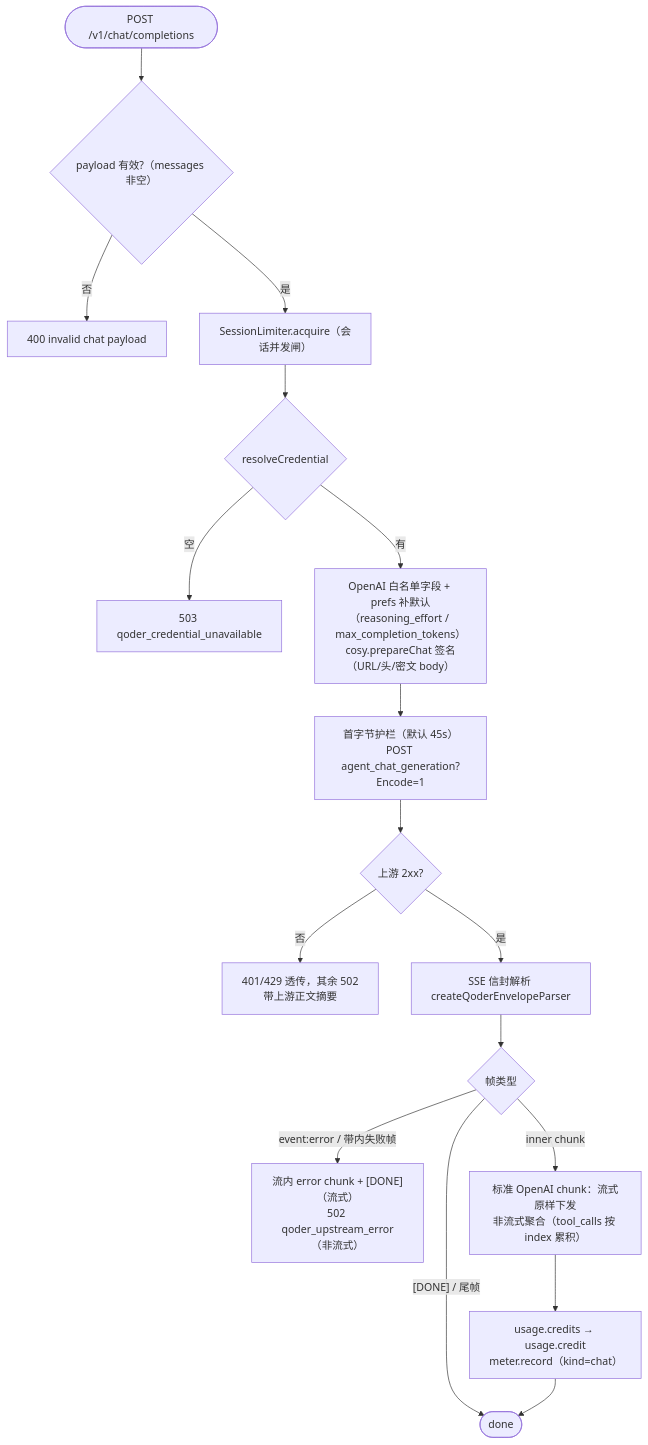
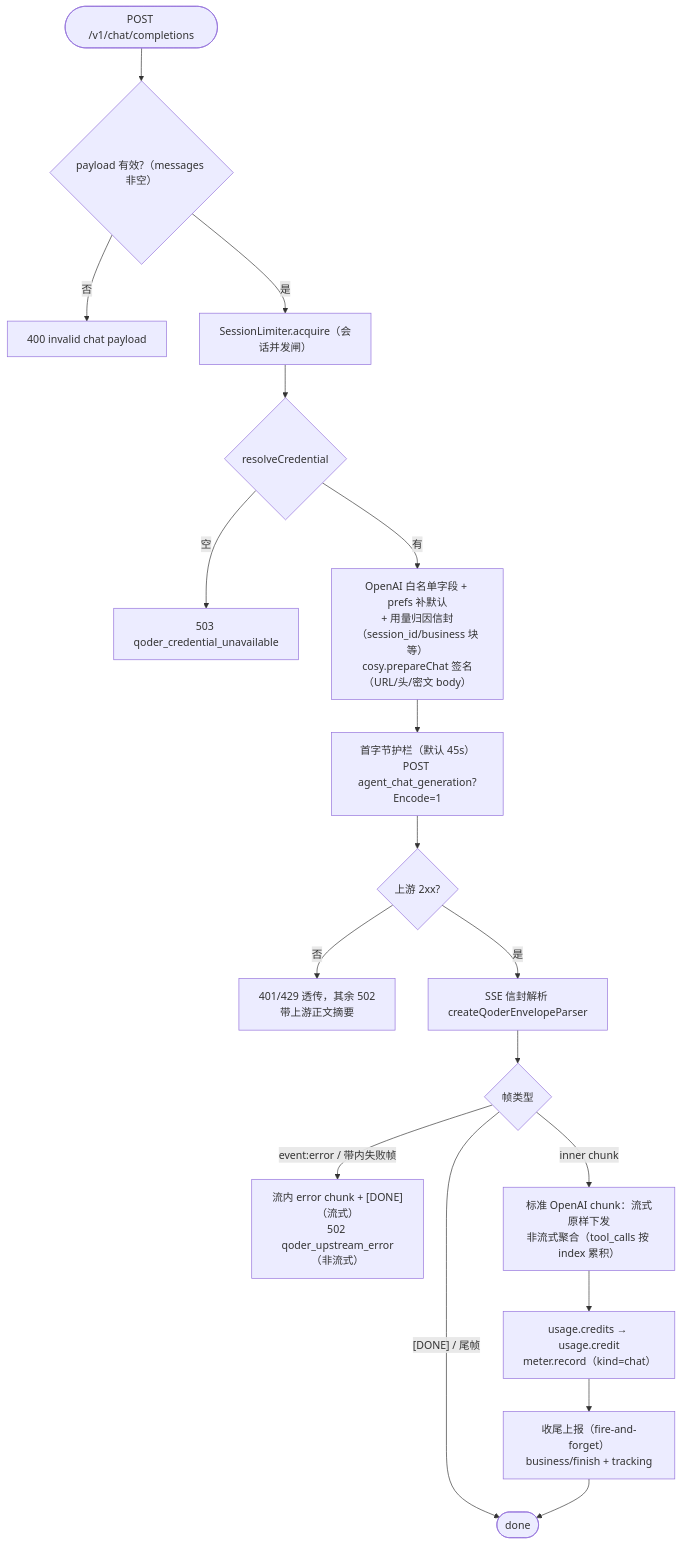
The second of 2 diagrams in wiki/10-provider-qoder.md (taikaikaikai-pixel/dsh-codebuddy-plugin), drawn with Mermaid before and after one commit. The commit also changed other lines of this file and 19 other files, not shown here.

First line of the commit message:
feat(qoder): 用量归因对齐官方客户端——出站归因信封 + business/finish 与 tracking 收尾上报

````diff
--- a/wiki/10-provider-qoder.md
+++ b/wiki/10-provider-qoder.md
@@ -141,19 +144,20 @@
 ```mermaid
 flowchart TB
     IN(["POST /v1/chat/completions"]) --> VALID{"payload 有效?（messages 非空）"}
     VALID -->|否| E400["400 invalid chat payload"]
     VALID -->|是| ACQ["SessionLimiter.acquire（会话并发闸）"]
     ACQ --> CRED{"resolveCredential"}
     CRED -->|空| E503["503 qoder_credential_unavailable"]
-    CRED -->|有| OUT["OpenAI 白名单字段 + prefs 补默认<br/>（reasoning_effort / max_completion_tokens）<br/>cosy.prepareChat 签名（URL/头/密文 body）"]
+    CRED -->|有| OUT["OpenAI 白名单字段 + prefs 补默认<br/>+ 用量归因信封（session_id/business 块等）<br/>cosy.prepareChat 签名（URL/头/密文 body）"]
     OUT --> FB["首字节护栏（默认 45s）<br/>POST agent_chat_generation?Encode=1"]
     FB --> OK{"上游 2xx?"}
     OK -->|否| EUP["401/429 透传，其余 502<br/>带上游正文摘要"]
     OK -->|是| PARSE["SSE 信封解析 createQoderEnvelopeParser"]
     PARSE --> EV{"帧类型"}
     EV -->|"event:error / 带内失败帧"| EERR["流内 error chunk + [DONE]（流式）<br/>502 qoder_upstream_error（非流式）"]
     EV -->|"[DONE]" / 尾帧| DONE
     EV -->|inner chunk| EMIT["标准 OpenAI chunk：流式原样下发<br/>非流式聚合（tool_calls 按 index 累积）"]
     EMIT --> METER["usage.credits → usage.credit<br/>meter.record（kind=chat）"]
-    METER --> DONE(["done"])
+    METER --> REPORT["收尾上报（fire-and-forget）<br/>business/finish + tracking"]
+    REPORT --> DONE(["done"])
 ```
````
